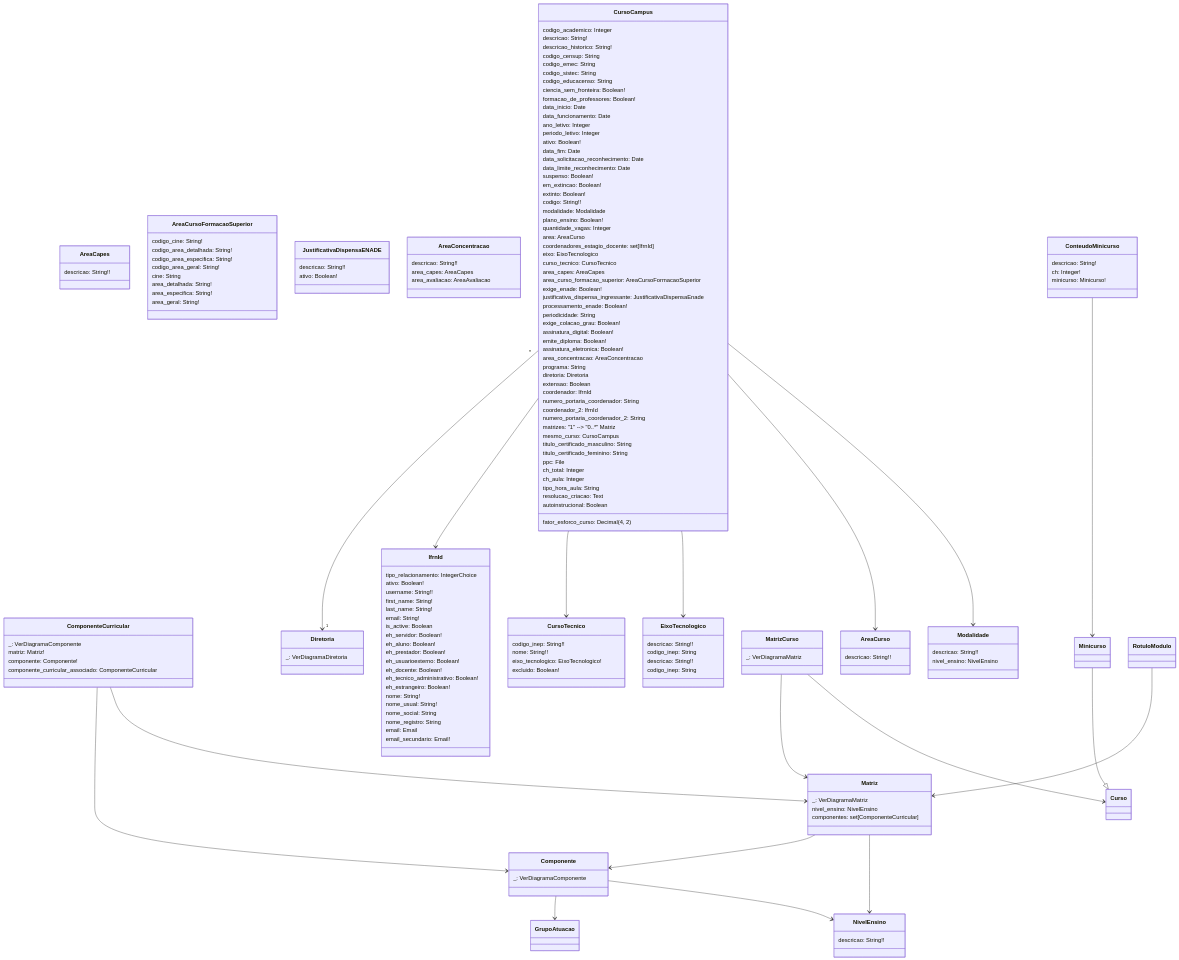
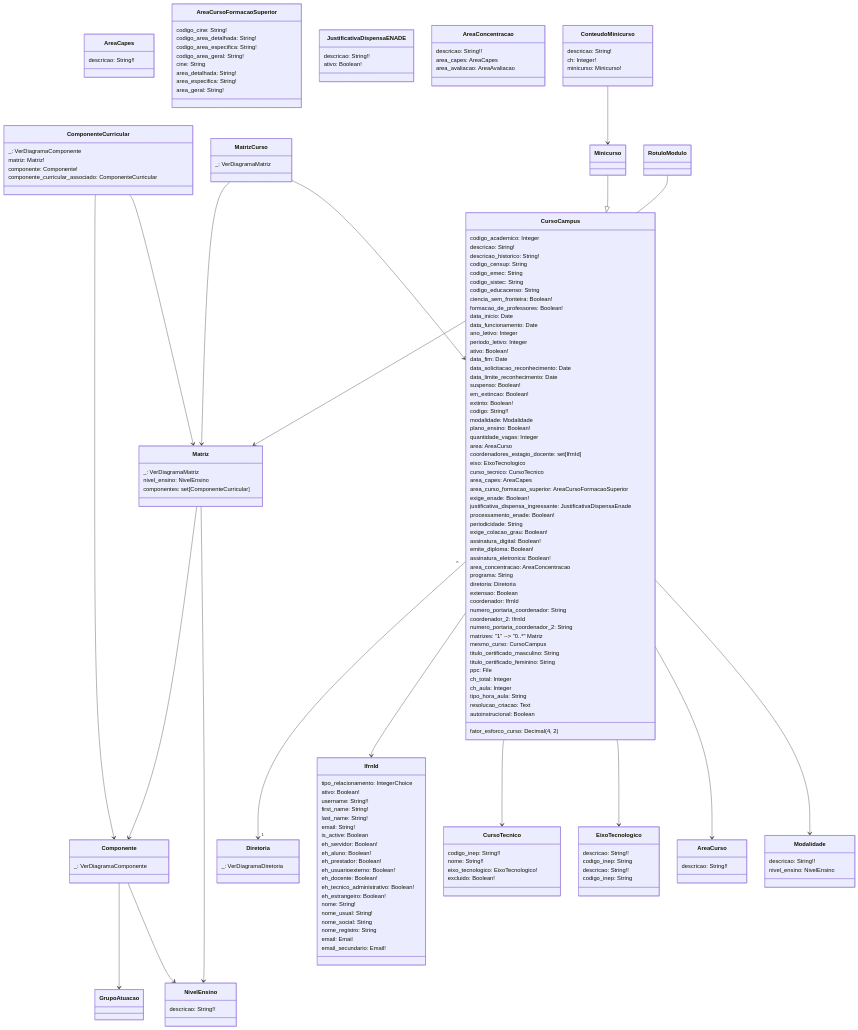
The diagram in suap/modelo_edu_curso.md (cte-zl-ifrn/cte-zl-ifrn.github.io), drawn with Mermaid before and after one commit.

Commit message:
separada diagrama de curso

````diff
--- a/suap/modelo_edu_curso.md
+++ b/suap/modelo_edu_curso.md
@@ -203,12 +203,12 @@
     Matriz --> NivelEnsino
     Matriz --> Componente
     
-    MatrizCurso --> Curso
+    MatrizCurso --> CursoCampus
     MatrizCurso --> Matriz
 
     RotuloModulo --> Matriz
 
-    Minicurso --|> Curso
+    Minicurso --|> CursoCampus
 
     ConteudoMinicurso --> Minicurso
 ```
````
